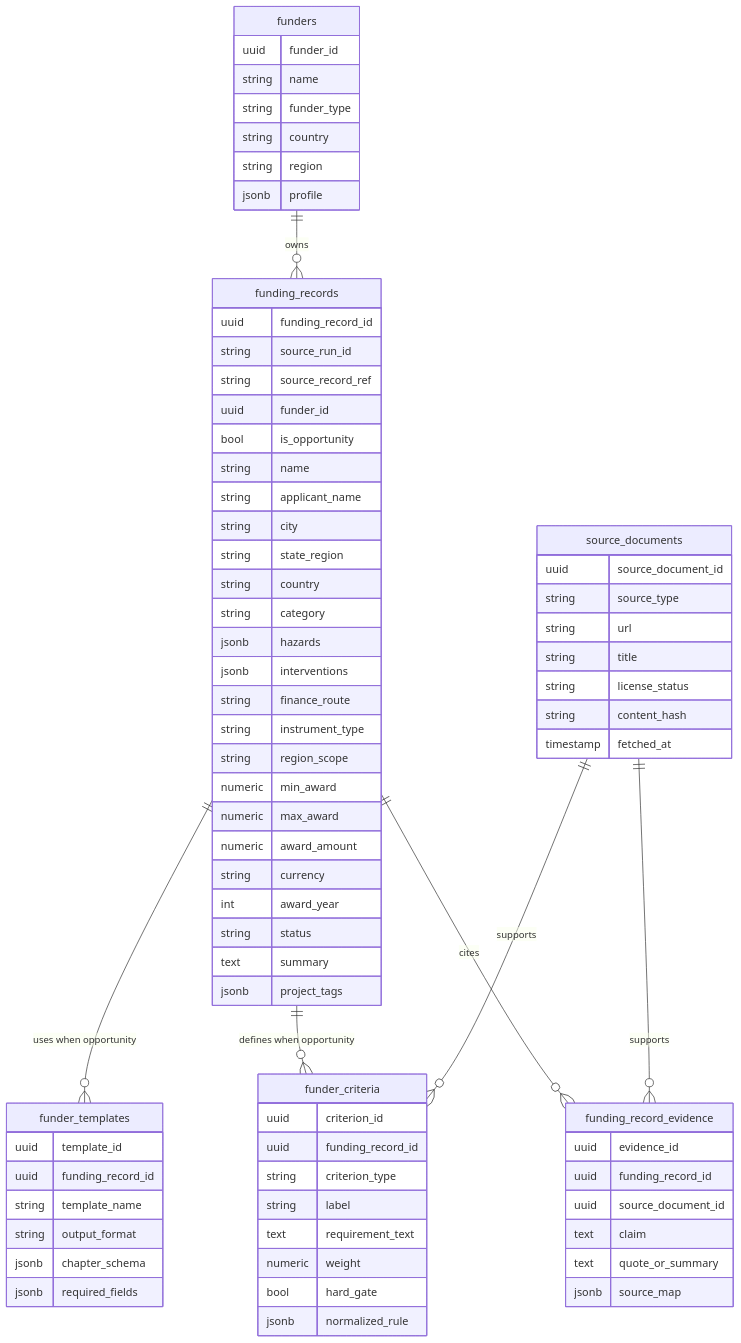
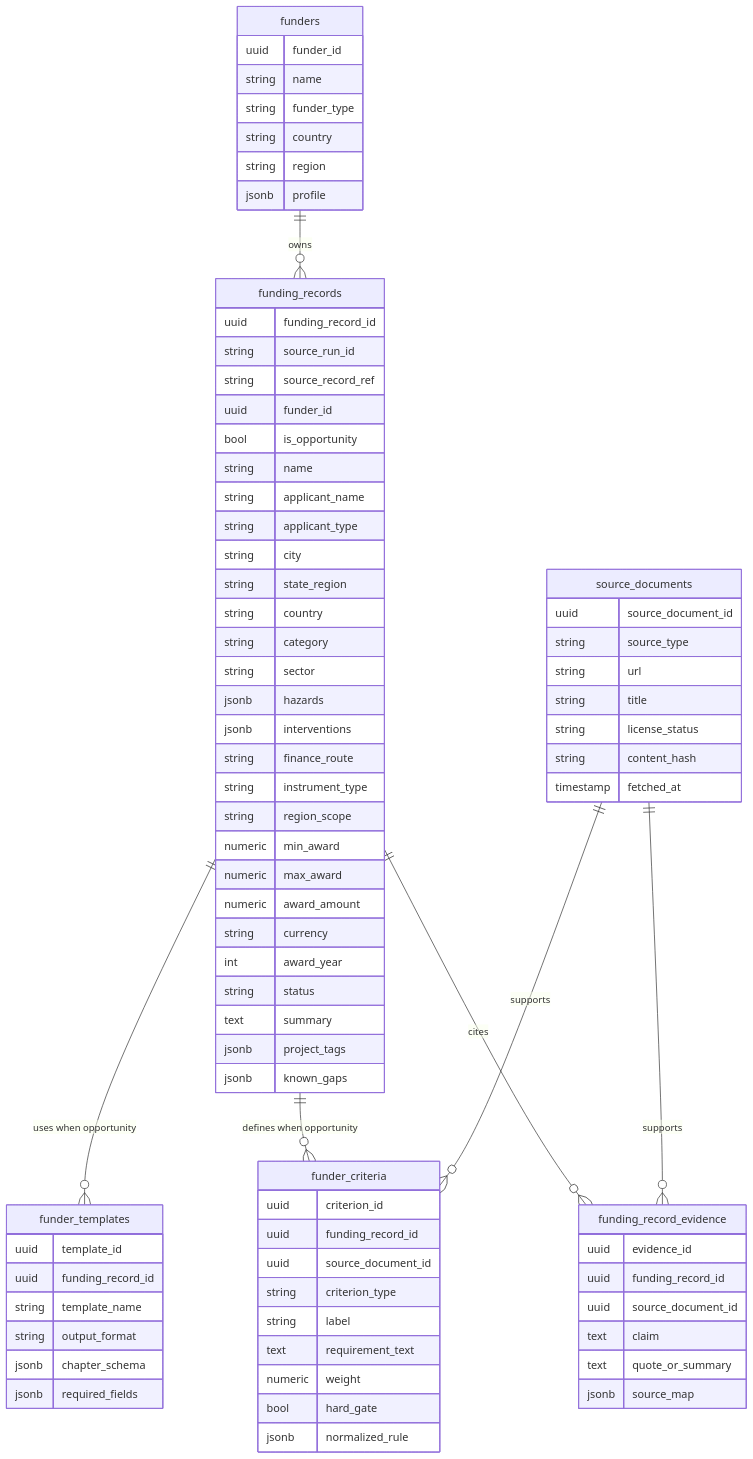
One commit to Open-Earth-Foundation/CityCatalyst changed the seventh of 14 diagrams in docs/ConceptNoteBuilderArchitecture.md. Above: the diagram before and after it, drawn with Mermaid. The commit also changed other lines of this file and 31 other files, not shown here.

```diff
--- a/docs/ConceptNoteBuilderArchitecture.md
+++ b/docs/ConceptNoteBuilderArchitecture.md
@@ -970,10 +972,12 @@
         bool is_opportunity
         string name
         string applicant_name
+        string applicant_type
         string city
         string state_region
         string country
         string category
+        string sector
         jsonb hazards
         jsonb interventions
         string finance_route
@@ -987,6 +991,7 @@
         string status
         text summary
         jsonb project_tags
+        jsonb known_gaps
     }
 
     funder_templates {
@@ -1001,6 +1006,7 @@
     funder_criteria {
         uuid criterion_id
         uuid funding_record_id
+        uuid source_document_id
         string criterion_type
         string label
         text requirement_text
```
